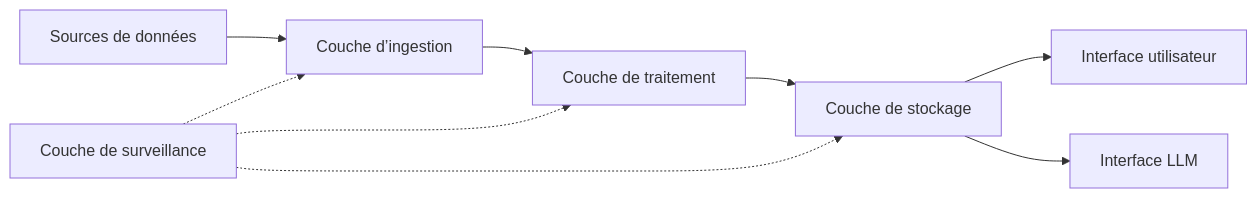
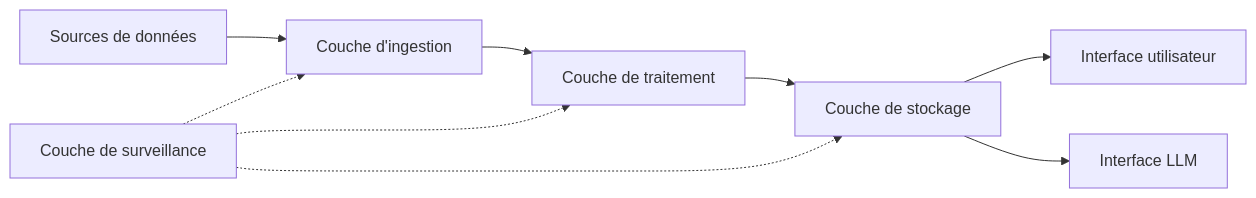
Before and after one commit to kafkiano/astrowind-i18n: the second of 2 diagrams in src/data/pages/fr/markdown.md, drawn with Mermaid. The commit also changed other lines of this file and 30 other files, not shown here.

````diff
--- a/src/data/pages/fr/markdown.md
+++ b/src/data/pages/fr/markdown.md
@@ -449,11 +449,11 @@
 ```mermaid
 flowchart LR
-    A[Sources de données] --> B[Couche d’ingestion]
+    A[Sources de données] --> B[Couche d'ingestion]
     B --> C[Couche de traitement]
     C --> D[Couche de stockage]
     D --> E[Interface utilisateur]
     D --> F[Interface LLM]
     G[Couche de surveillance] -.-> B
     G -.-> C
     G -.-> D
 ```
````
